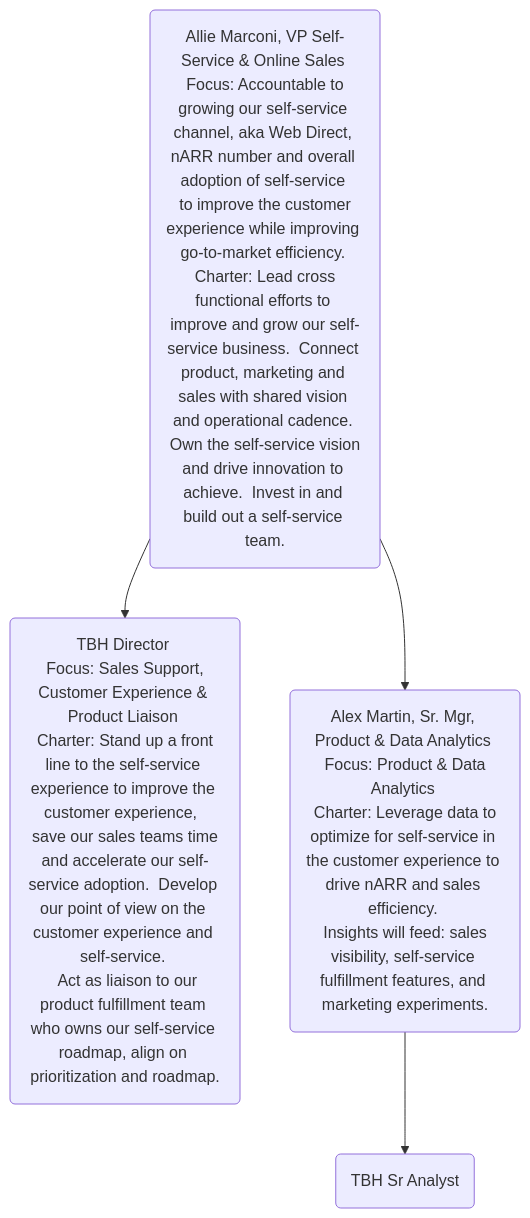
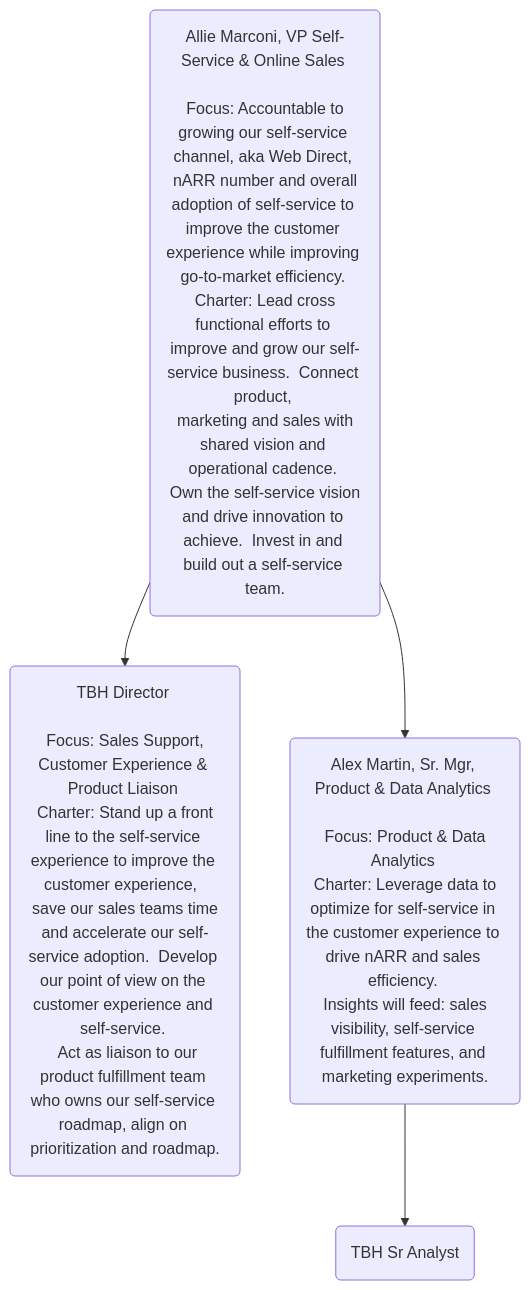
One commit to secretstartups/handbook changed the diagram in sales/self-service/index.html.md. Above: the diagram before and after it, drawn with Mermaid. The commit also changed other lines of this file, not shown here.

````diff
--- a/sales/self-service/index.html.md
+++ b/sales/self-service/index.html.md
@@ -61,7 +61,7 @@
 ```mermaid
 graph TD
-    A(Allie Marconi, VP Self-Service & Online Sales <br> Focus: Accountable to growing our self-service channel, aka Web Direct, nARR number and overall adoption of self-service <br> to improve the customer experience while improving go-to-market efficiency. <br> Charter: Lead cross functional efforts to improve and grow our self-service business.  Connect product, marketing and sales with shared vision and operational cadence. <br> Own the self-service vision and drive innovation to achieve.  Invest in and build out a self-service team.) 
-    A --> B(TBH Director <br> Focus: Sales Support, Customer Experience & Product Liaison <br> Charter: Stand up a front line to the self-service experience to improve the customer experience,  <br> save our sales teams time and accelerate our self-service adoption.  Develop our point of view on the customer experience and self-service. <br>  Act as liaison to our product fulfillment team who owns our self-service roadmap, align on prioritization and roadmap.) 
-    A --> C(Alex Martin, Sr. Mgr, Product & Data Analytics <br> Focus: Product & Data Analytics <br> Charter: Leverage data to optimize for self-service in the customer experience to drive nARR and sales efficiency. <br> Insights will feed: sales visibility, self-service fulfillment features, and marketing experiments. ) 
+    A(Allie Marconi, VP Self-Service & Online Sales <br>  <br> Focus: Accountable to growing our self-service channel, aka Web Direct, <br> nARR number and overall adoption of self-service to improve the customer experience while improving go-to-market efficiency. <br> Charter: Lead cross functional efforts to improve and grow our self-service business.  Connect product, <br> marketing and sales with shared vision and operational cadence. <br> Own the self-service vision and drive innovation to achieve.  Invest in and build out a self-service team.) 
+    A --> B(TBH Director <br>  <br> Focus: Sales Support, Customer Experience & Product Liaison <br> Charter: Stand up a front line to the self-service experience to improve the customer experience,  <br> save our sales teams time and accelerate our self-service adoption.  Develop our point of view on the customer experience and self-service. <br>  Act as liaison to our product fulfillment team who owns our self-service roadmap, align on prioritization and roadmap.) 
+    A --> C(Alex Martin, Sr. Mgr, Product & Data Analytics <br>  <br> Focus: Product & Data Analytics <br> Charter: Leverage data to optimize for self-service in the customer experience to drive nARR and sales efficiency. <br> Insights will feed: sales visibility, self-service fulfillment features, and marketing experiments. ) 
     C --> D(TBH Sr Analyst)
 ```
````
